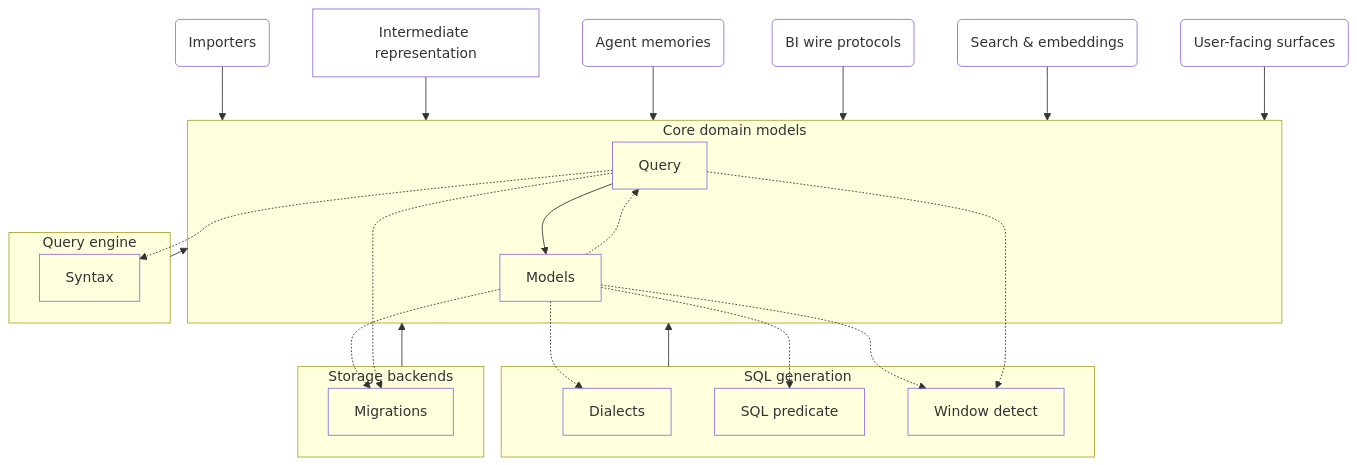
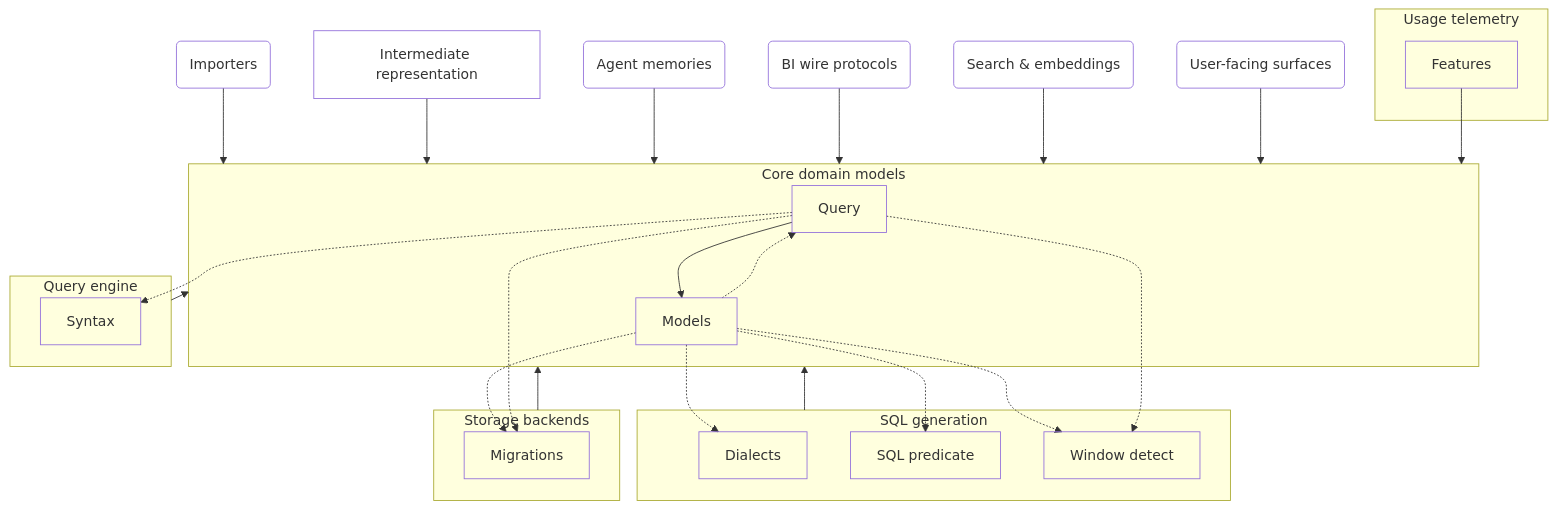
The diagram in architecture/core.arc42.md (MotleyAI/slayer), drawn with Mermaid before and after one commit. The commit also changed 5 other files, not shown here.

Commit message:
Architecture: telemetry node, its arc42 principles, regenerated diagrams

````diff
--- a/architecture/core.arc42.md
+++ b/architecture/core.arc42.md
@@ -17,45 +17,49 @@
 ```mermaid
 flowchart TD
   %% core_focus: Core in context
   subgraph core["Core domain models"]
     core__query["Query"]
     core__models["Models"]
   end
   subgraph sql["SQL generation"]
     sql__dialects["Dialects"]
     sql__sql_predicate["SQL predicate"]
     sql__window_detect["Window detect"]
   end
   subgraph engine["Query engine"]
     engine__syntax["Syntax"]
   end
   ir["Intermediate representation"]
   subgraph storage["Storage backends"]
     storage__migrations["Migrations"]
   end
   importers("Importers")
   search("Search & embeddings")
   memories("Agent memories")
   protocols("BI wire protocols")
+  subgraph telemetry["Usage telemetry"]
+    telemetry__features["Features"]
+  end
   surfaces("User-facing surfaces")
   core__query -.-> engine__syntax
   core__models -.-> sql__dialects
   core__models -.-> sql__sql_predicate
   core__models -.-> sql__window_detect
   core__query -.-> sql__window_detect
   core__models -.-> storage__migrations
   core__query -.-> storage__migrations
   core__models -.-> core__query
   core__query --> core__models
   engine --> core
   importers --> core
   ir --> core
   memories --> core
   protocols --> core
   search --> core
   sql --> core
   storage --> core
   surfaces --> core
+  telemetry__features --> core
   classDef leaf fill:none;
-  class core__query,core__models,sql__dialects,sql__sql_predicate,sql__window_detect,engine__syntax,ir,storage__migrations,importers,search,memories,protocols,surfaces leaf;
+  class core__query,core__models,sql__dialects,sql__sql_predicate,sql__window_detect,engine__syntax,ir,storage__migrations,importers,search,memories,protocols,telemetry__features,surfaces leaf;
 ```
````
